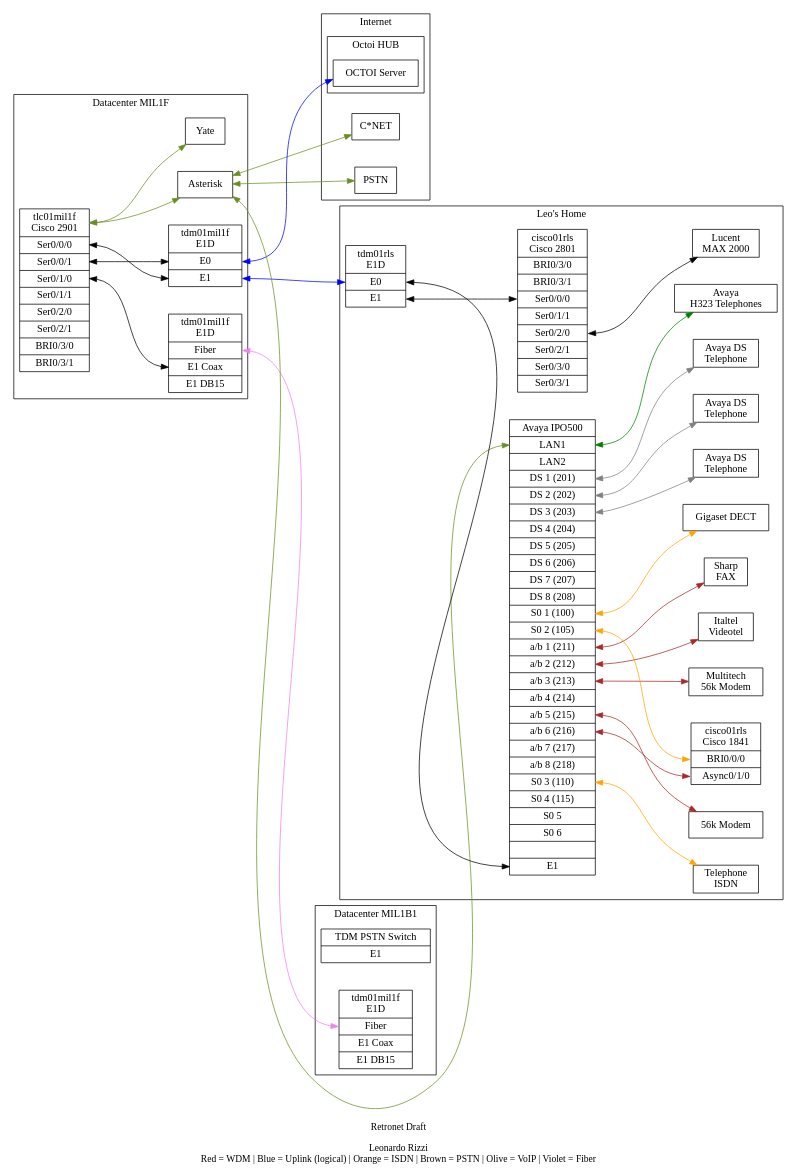
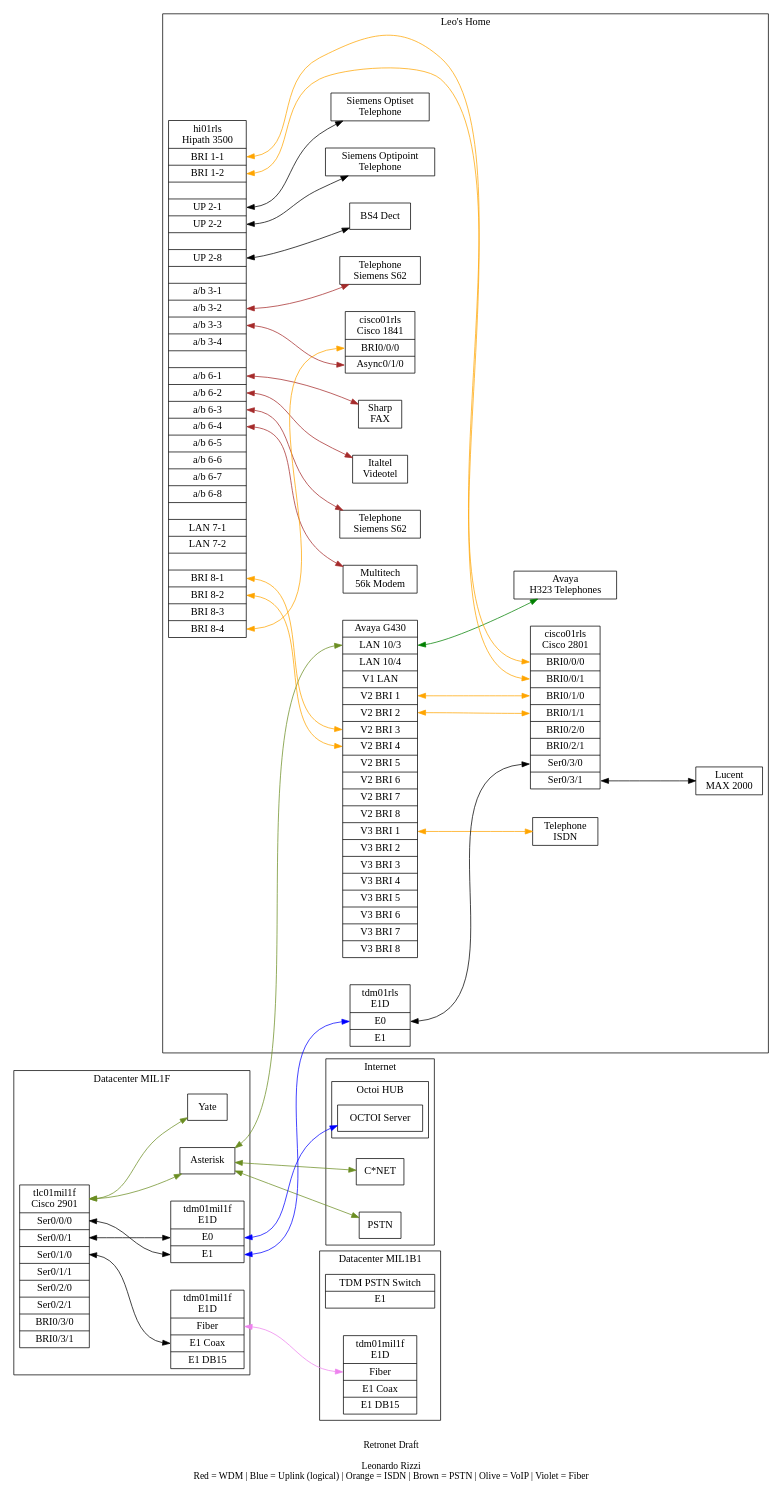
Before and after one commit to lrizzi/retronet: the diagram in e1d.gv, drawn with Graphviz. The commit also changed 4 other files, not shown here.

```diff
--- a/e1d.gv
+++ b/e1d.gv
@@ -45,33 +45,40 @@
 subgraph cluster3 {
   label="Leo's Home";
   //compt01rls [shape=record,label="<host>Auerswald|<e1>E1|<s01>S0-1|<s02>S0-2|<s03>S0-3|<s04>S0-4|<s05>S0-5|<s06>S0-6|<s07>S0-7|<s08>S0-8|<ab1>a/b 1|<ab2>a/b 2|<ab3>a/b 3|<ab4>a/b 4|<ab5>a/b 5|<ab6>a/b 6|<ab7>a/b 7|<ab8>a/b 8"];
-  avaya01rls [shape=record,label="<host>Avaya IPO500|<lan1>LAN1|<lan2>LAN2|<ds_1-1>DS 1 (201)|<ds_1-2>DS 2 (202)|<ds_1-3>DS 3 (203)|<ds_1-4>DS 4 (204)|<ds_1-5>DS 5 (205)|<ds_1-6>DS 6 (206)|<ds_1-7>DS 7 (207)|<ds_1-8>DS 8 (208)|<s0_1-9>S0 1 (100)|<s0_1-10>S0 2 (105)|<ab_2-1>a/b 1 (211)|<ab_2-2>a/b 2 (212)|<ab_2-3>a/b 3 (213)|<ab_2-4>a/b 4 (214)|<ab_2-5>a/b 5 (215)|<ab_2-6>a/b 6 (216)|<ab_2-7>a/b 7 (217)|<ab_2-8>a/b 8 (218)|<s0_2-9>S0 3 (110)|<s0_2-10>S0 4 (115)|<s0_2-11>S0 5|<s0_2-12>S0 6||<e1_4-1>E1"];
+  //avaya01rls [shape=record,label="<host>Avaya IPO500|<lan1>LAN1|<lan2>LAN2|<ds_1-1>DS 1 (201)|<ds_1-2>DS 2 (202)|<ds_1-3>DS 3 (203)|<ds_1-4>DS 4 (204)|<ds_1-5>DS 5 (205)|<ds_1-6>DS 6 (206)|<ds_1-7>DS 7 (207)|<ds_1-8>DS 8 (208)|<s0_1-9>S0 1 (100)|<s0_1-10>S0 2 (105)|<ab_2-1>a/b 1 (211)|<ab_2-2>a/b 2 (212)|<ab_2-3>a/b 3 (213)|<ab_2-4>a/b 4 (214)|<ab_2-5>a/b 5 (215)|<ab_2-6>a/b 6 (216)|<ab_2-7>a/b 7 (217)|<ab_2-8>a/b 8 (218)|<s0_2-9>S0 3 (110)|<s0_2-10>S0 4 (115)|<s0_2-11>S0 5|<s0_2-12>S0 6||<e1_4-1>E1"];
+
+  avaya02rls [shape=record,label="<host>Avaya G430|<lan10_3>LAN 10/3|<lan10_4>LAN 10/4|<v1-lan1>V1 LAN|<v201>V2 BRI 1|<v202>V2 BRI 2|<v203>V2 BRI 3|<v204>V2 BRI 4|<v205>V2 BRI 5|<v206>V2 BRI 6|<v207>V2 BRI 7|<v208>V2 BRI 8|<v301>V3 BRI 1|<v302>V3 BRI 2|<v303>V3 BRI 3|<v304>V3 BRI 4|<v305>V3 BRI 5|<v306>V3 BRI 6|<v307>V3 BRI 7|<v308>V3 BRI 8"];
+
   tdm01rls [shape=record,label="<host>tdm01rls\nE1D|<e0>E0|<e1>E1"];
 
-  gigaset01rls [shape=record,label="Gigaset DECT"];
+  //gigaset01rls [shape=record,label="Gigaset DECT"];
   //r02rls [shape=record,label="Zyxel 202H"]
 
-  //tel01rls [shape=record,label="Telephone\nSiemens S62"];
-  //tel02rls [shape=record,label="Telephone\nSiemens S62"];
+  tel01rls [shape=record,label="Telephone\nSiemens S62"];
+  tel02rls [shape=record,label="Telephone\nSiemens S62"];
 
   itel01rls [shape=record,label="Telephone\nISDN"];
   
   //modem01rls [shape=record,label="MAC PowerPC\n38.8k Modem"];
   //modem02rls [shape=record,label="MAC 68k\n56k Modem"];
-  modem03rls [shape=record,label="56k Modem"];
+  //modem03rls [shape=record,label="56k Modem"];
   modem04rls [shape=record,label="Multitech\n56k Modem"];
 
   viedotel01rls [shape=record,label="Italtel\nVideotel"];
   fax01rls [shape=record,label="Sharp\nFAX"];
 
   //patton01 [shape=record,label="<host>Patton\nSN4600|<bri00>BRI 0/0|<bri01>BRI 0/1|<bri02>BRI 0/2|<bri03>BRI 0/3"]
-  cisco01rls [shape=record,label="<host>cisco01rls\nCisco 2801|<bri030>BRI0/3/0|<bri031>BRI0/3/1|<s010>Ser0/0/0|<s011>Ser0/1/1|<s020>Ser0/2/0|<s021>Ser0/2/1|<s030>Ser0/3/0|<s031>Ser0/3/1"];
+  cisco01rls [shape=record,label="<host>cisco01rls\nCisco 2801|<bri000>BRI0/0/0|<bri001>BRI0/0/1|<bri010>BRI0/1/0|<bri011>BRI0/1/1|<bri020>BRI0/2/0|<bri021>BRI0/2/1|<s030>Ser0/3/0|<s031>Ser0/3/1"];
   cisco02rls [shape=record,label="<host>cisco01rls\nCisco 1841|<bri000>BRI0/0/0|<as010>Async0/1/0"];
 
   //compt02rls [shape=record,label="<host>Auerswald|<e1>E1|<s01>S0-1|<s02>S0-2|<s03>S0-3|<s04>S0-4|<s05>S0-5|<s06>S0-6|<s07>S0-7|<s08>S0-8|<ab1>a/b 1|<ab2>a/b 2|<ab3>a/b 3|<ab4>a/b 4|<ab5>a/b 5|<ab6>a/b 6|<ab7>a/b 7|<ab8>a/b 8"];
   //cisco03rls [shape=record,label="<host>cisco03rls\nCisco 2821|<s000>Ser0/0/0|<s001>Ser0/0/1|<s010>Ser0/0/0|<s011>Ser0/1/1|<bri030>BRI0/3/0|<bri031>BRI0/3/1"];
   //cisco04rls [shape=record,label="<host>cisco04rls\nCisco 2921|<s000>Ser0/0/0|<s001>Ser0/0/1|<s002>Ser0/0/2|<s003>Ser0/0/3|<s010>Ser0/1/0|<s011>Ser0/1/1|<s012>Ser0/1/2|<s013>Ser0/1/3|<bri030>BRI0/3/0|<bri031>BRI0/3/1"];
   //cisco05rls [shape=record,label="<host>cisco05rls\nCisco 881V|<bri1>BRI1|<bri2>BRI2|<fxs3>FXS3|<fxs4>FXS4|<fxs5>FXS5|<fxs6>FXS6|<fxo7>FXO7"];
+
+  hi01rls [shape=record,label="<host>hi01rls\nHipath 3500|<1_1>BRI 1-1|<1_2>BRI 1-2||<2_1>UP 2-1|<2_2>UP 2-2||<2_8>UP 2-8||<3_1>a/b 3-1|<3_2>a/b 3-2|<3_3>a/b 3-3|<3_4>a/b 3-4||<6_1>a/b 6-1|<6_2>a/b 6-2|<6_3>a/b 6-3|<6_4>a/b 6-4|<6_5>a/b 6-5|<6_6>a/b 6-6|<6_7>a/b 6-7|<6_8>a/b 6-8||<7_1>LAN 7-1|<7_2>LAN 7-2||<8_1>BRI 8-1|<8_2>BRI 8-2|<8_3>BRI 8-3|<8_4>BRI 8-4"];
+
+  bs01 [shape=record,label="BS4 Dect"]
 
   //ras01rls [shape=record,label="<host>3Com\nRAS1500"]
   max01rls [shape=record,label="<host>Lucent\nMAX 2000"]
@@ -83,9 +90,13 @@
   //r02rls [shape=record,label="<host>LANCOM\n1700"]
   //tel01rls [shape=record,label="Telephone"];
   
-  ds01rls [shape=record,label="Avaya DS\nTelephone"];
-  ds02rls [shape=record,label="Avaya DS\nTelephone"];
-  ds03rls [shape=record,label="Avaya DS\nTelephone"];
+  //ds01rls [shape=record,label="Avaya DS\nTelephone"];
+  //ds02rls [shape=record,label="Avaya DS\nTelephone"];
+  //ds03rls [shape=record,label="Avaya DS\nTelephone"];
+
+  up01rls [shape=record,label="Siemens Optiset\nTelephone"];
+  up02rls [shape=record,label="Siemens Optipoint\nTelephone"];
+
 
   h323rls [shape=record,label="Avaya\nH323 Telephones"];
 
@@ -131,7 +142,7 @@
 //compt01mil1:s02 -- patton01mil1 [color=orange]
 tlc01mil1f:host -- rlt01mil1 [color=olivedrab]
 tlc01mil1f:host -- rlt02mil1 [color=olivedrab]
-avaya01rls:lan1 -- rlt01mil1 [color=olivedrab]
+avaya02rls:lan10_3 -- rlt01mil1 [color=olivedrab]
 //avaya01rls:lan1 -- rlt02mil1 [color=olivedrab]
 rlt01mil1 -- cnet [color=olivedrab]
 rlt01mil1 -- pstn [color=olivedrab]
@@ -139,28 +150,48 @@
 
 
 //RLS
-tdm01rls:e0 -- avaya01rls:"e1_4-1"
-tdm01rls:e1 -- cisco01rls:s010
+//tdm01rls:e0 -- avaya01rls:"e1_4-1"
+tdm01rls:e0 -- cisco01rls:s030
 //cisco01rls:s011 -- compt01rls:e1
-cisco01rls:s020 -- max01rls
+cisco01rls:s031 -- max01rls
 
-avaya01rls:lan1 -- h323rls [color=green]
+avaya02rls:"lan10_3" -- h323rls [color=green]
 
-avaya01rls:"ds_1-1" -- ds01rls [color=grey]
-avaya01rls:"ds_1-2" -- ds02rls [color=grey]
-avaya01rls:"ds_1-3" -- ds03rls [color=grey]
+avaya02rls:v201 -- cisco01rls:bri010 [color=orange]
+avaya02rls:v202 -- cisco01rls:bri011 [color=orange]
 
-avaya01rls:"s0_1-9" -- gigaset01rls [color=orange]
-avaya01rls:"s0_1-10" -- cisco02rls:bri000 [color=orange]
-avaya01rls:"s0_2-9" -- itel01rls [color=orange]
+avaya02rls:v301 -- itel01rls [color=orange]
 
-avaya01rls:"ab_2-1" -- fax01rls [color=brown]
-avaya01rls:"ab_2-2" -- viedotel01rls [color=brown]
-avaya01rls:"ab_2-3" -- modem04rls [color=brown]
+hi01rls:"1_1" -- cisco01rls:bri000 [color=orange]
+hi01rls:"1_2" -- cisco01rls:bri001 [color=orange]
+
+hi01rls:"2_1" -- up01rls
+hi01rls:"2_2" -- up02rls
+hi01rls:"2_8" -- bs01 
+
+hi01rls:"3_2" -- tel01rls [color=brown]
+hi01rls:"3_3" -- cisco02rls:as010 [color=brown]
+
+hi01rls:"6_1" -- fax01rls [color=brown]
+hi01rls:"6_2" -- viedotel01rls [color=brown]
+hi01rls:"6_3" -- tel02rls [color=brown]
+hi01rls:"6_4" -- modem04rls [color=brown]
+
+//hi01rls:"7_1" -- rlt01mil1 [color=green]
+
+hi01rls:"8_1" -- avaya02rls:v203 [color=orange]
+hi01rls:"8_2" -- avaya02rls:v204 [color=orange]
+hi01rls:"8_4" -- cisco02rls:bri000 [color=orange]
+
+//avaya01rls:"s0_1-9" -- gigaset01rls [color=orange]
+//hi01rls:"8_1" -- itel01rls [color=orange]
+
+//avaya01rls:"ab_2-5" -- modem03rls [color=brown]
+//avaya01rls:"ab_2-3" -- modem04rls [color=brown]
 //avaya01rls:"ab_2_4" -- cisco02rls [color=brown]
-avaya01rls:"ab_2-5" -- modem03rls [color=brown]
-avaya01rls:"ab_2-6" -- cisco02rls:as010 [color=brown]
-
+//avaya01rls:"ds_1-1" -- ds01rls [color=grey]
+//avaya01rls:"ds_1-2" -- ds02rls [color=grey]
+//avaya01rls:"ds_1-3" -- ds03rls [color=grey]
 
 //compt01rls:ab1 -- modem01rls [color=brown]
 //compt01rls:ab2 -- modem02rls [color=brown]
```
